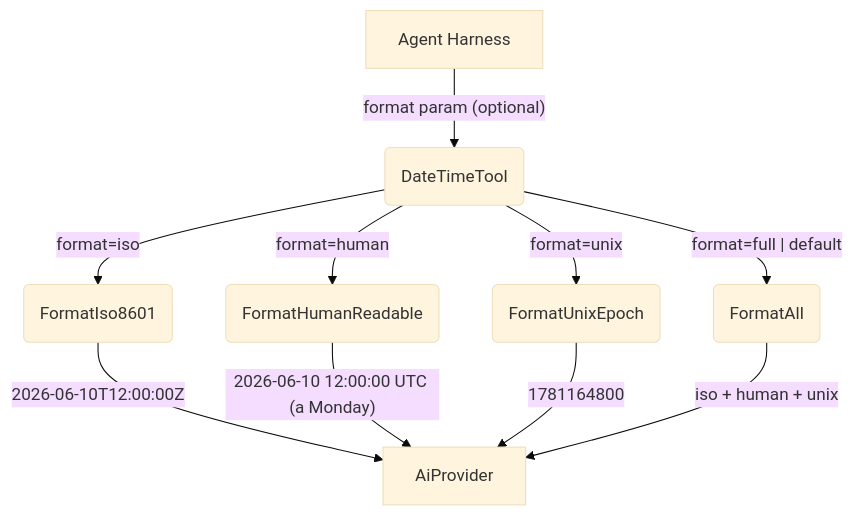
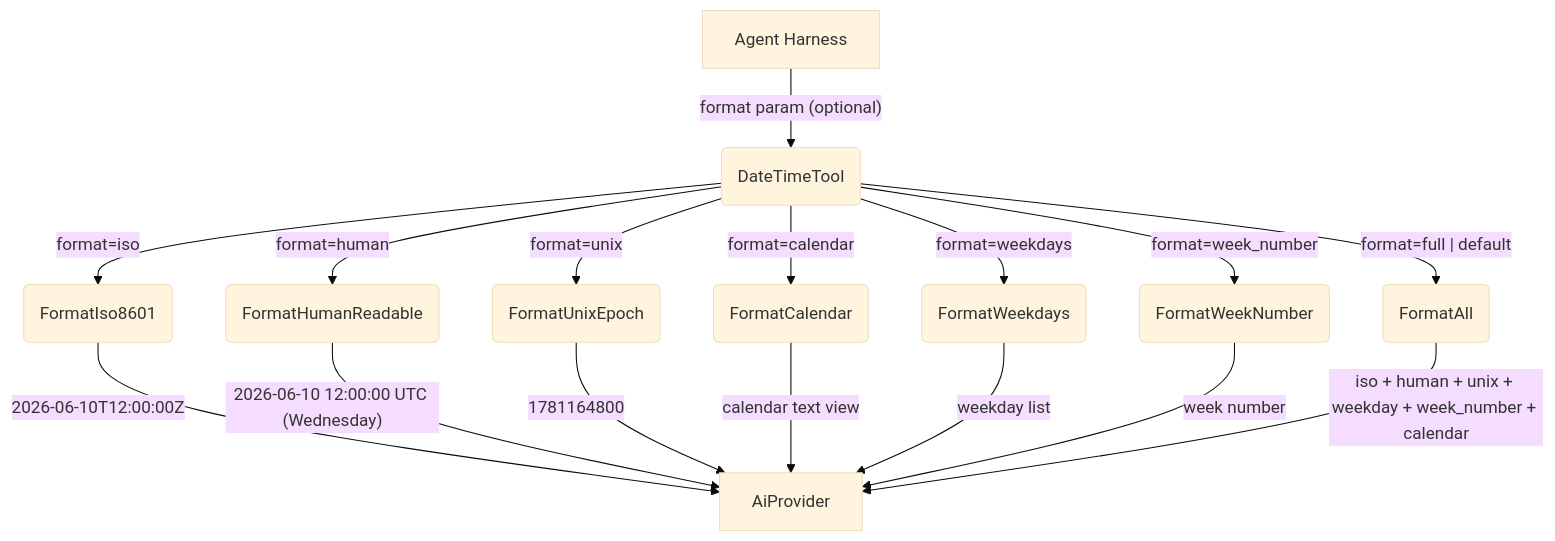
One commit to cosmoswafer/rockbot changed the first of 2 diagrams in _dfds/tools/datetime.md. Above: the diagram before and after it, drawn with Mermaid (base theme). The commit also changed other lines of this file and 11 other files, not shown here.

````diff
--- a/_dfds/tools/datetime.md
+++ b/_dfds/tools/datetime.md
@@ -16,20 +18,29 @@
 ```mermaid
 flowchart TD
     AGENT[Agent Harness]
     DT(DateTimeTool)
     ISO(FormatIso8601)
     HUMAN(FormatHumanReadable)
     UNIX(FormatUnixEpoch)
+    CAL(FormatCalendar)
+    WDAYS(FormatWeekdays)
+    WK_NUM(FormatWeekNumber)
     FULL(FormatAll)
     AI[AiProvider]
 
     AGENT -->|"format param (optional)"| DT
     DT -->|"format=iso"| ISO
     DT -->|"format=human"| HUMAN
     DT -->|"format=unix"| UNIX
+    DT -->|"format=calendar"| CAL
+    DT -->|"format=weekdays"| WDAYS
+    DT -->|"format=week_number"| WK_NUM
     DT -->|"format=full | default"| FULL
     ISO -->|"2026-06-10T12:00:00Z"| AI
-    HUMAN -->|"2026-06-10 12:00:00 UTC (a Monday)"| AI
+    HUMAN -->|"2026-06-10 12:00:00 UTC (Wednesday)"| AI
     UNIX -->|"1781164800"| AI
-    FULL -->|"iso + human + unix"| AI
+    CAL -->|"calendar text view"| AI
+    WDAYS -->|"weekday list"| AI
+    WK_NUM -->|"week number"| AI
+    FULL -->|"iso + human + unix + weekday + week_number + calendar"| AI
 ```
````
